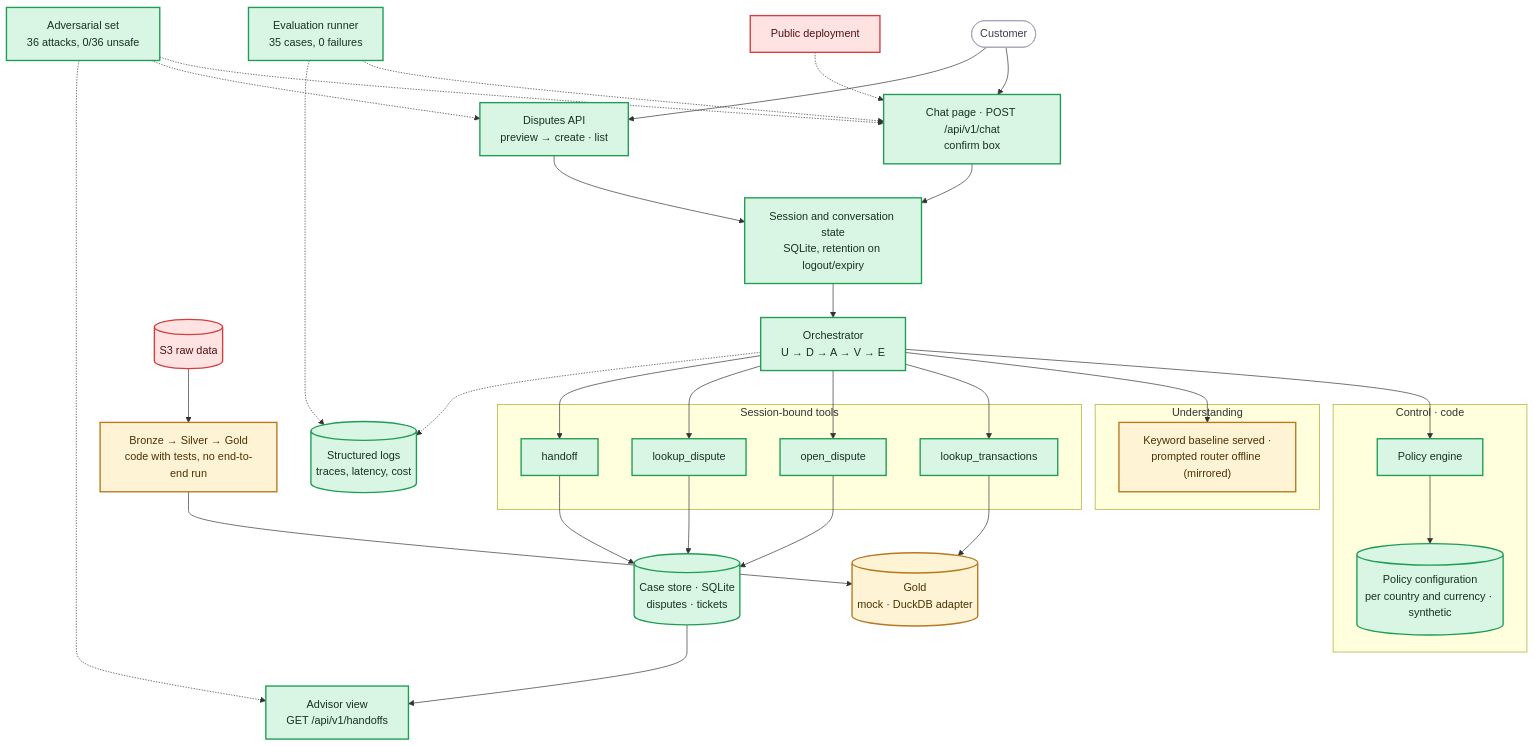
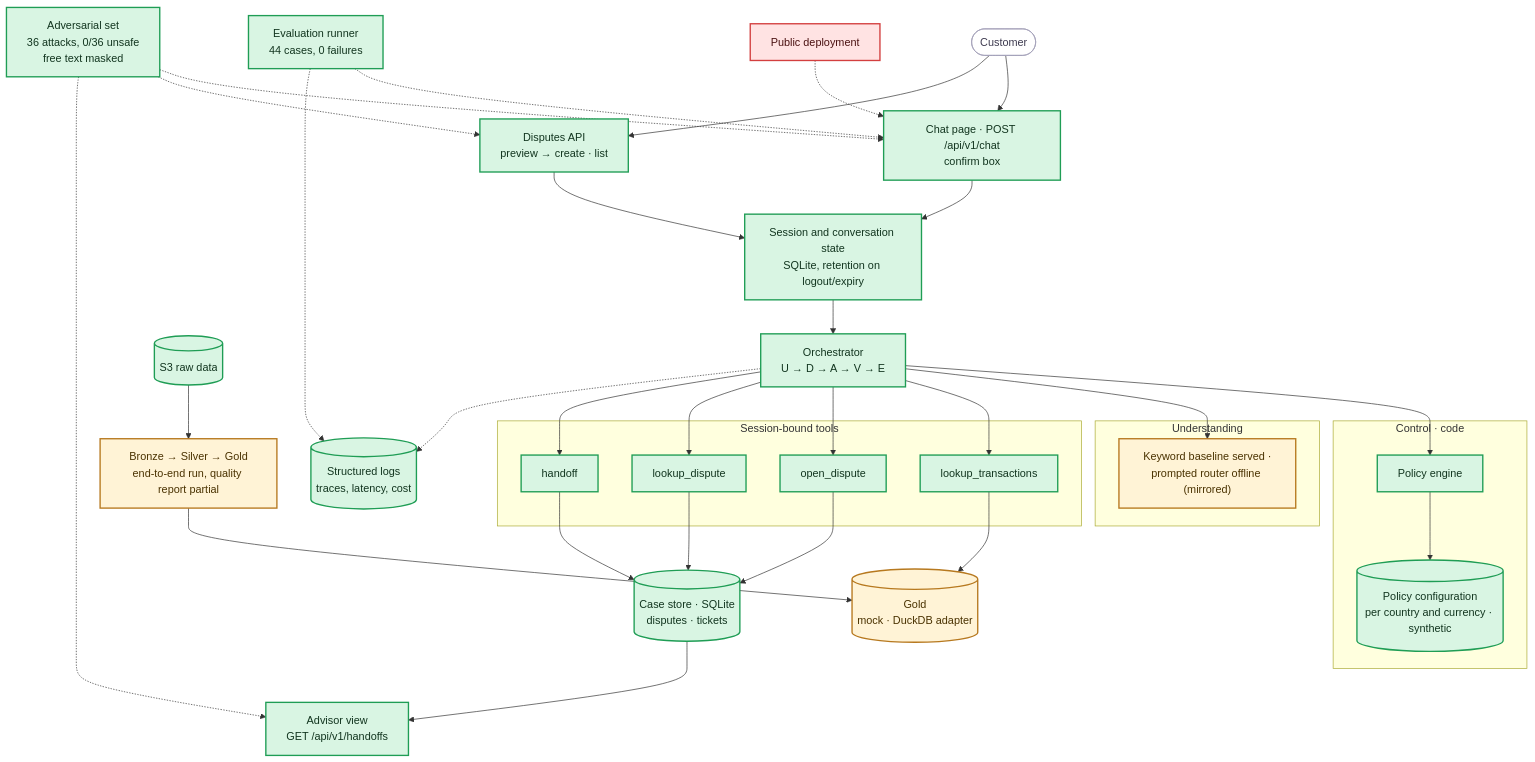
One commit to rdorta27/factored-hackathon-2026-sentinel-engine changed the diagram in team/component-status.md. Above: the diagram before and after it, drawn with Mermaid. The commit also changed other lines of this file and 2 other files, not shown here.

Commit message:
docs: update team files with the merged data, privacy and threshold work
Tasks, plan and component status still listed the source inventory, incremental fixture, sizing, data setup and free-text masking as open after they merged from main.

Changes:
- move the finished data and privacy tasks to the Thursday log under Natalia and Felix, and record the data findings
- reword the pipeline task to the missing quality metrics and the Gold task to the DuckDB file versus Delta view mismatch
- add the privacy module to the plan and update the data engine row and Friday mocks
- refresh the component status with the end-to-end pipeline, masking and the latest evaluation and adversarial runs

````diff
--- a/team/component-status.md
+++ b/team/component-status.md
@@ -7,50 +7,51 @@
 ```mermaid
 flowchart TB
     client(["Customer"]) --> chat["Chat page · POST /api/v1/chat<br/>confirm box"]
     client --> dapi["Disputes API<br/>preview → create · list"]
     chat --> session["Session and conversation state<br/>SQLite, retention on logout/expiry"]
     dapi --> session
     session --> orch["Orchestrator<br/>U → D → A → V → E"]
 
     subgraph control["Control · code"]
         policy["Policy engine"]
         config[("Policy configuration<br/>per country and currency · synthetic")]
         policy --> config
     end
     subgraph toolset["Session-bound tools"]
         lookup["lookup_transactions"]
         open["open_dispute"]
         verify["lookup_dispute"]
         handoff["handoff"]
     end
     subgraph brain["Understanding"]
         learned["Keyword baseline served ·<br/>prompted router offline (mirrored)"]
     end
 
     orch --> policy
     orch --> learned
     orch --> lookup & open & verify & handoff
     lookup --> gold[("Gold<br/>mock · DuckDB adapter")]
     open --> cases[("Case store · SQLite<br/>disputes · tickets")]
     verify --> cases
     handoff --> cases
     cases --> aview["Advisor view<br/>GET /api/v1/handoffs"]
     orch -.-> logs[("Structured logs<br/>traces, latency, cost")]
-    evalr["Evaluation runner<br/>35 cases, 0 failures"] -.-> chat
+    evalr["Evaluation runner<br/>44 cases, 0 failures"] -.-> chat
     evalr -.-> logs
-    tests["Adversarial set<br/>36 attacks, 0/36 unsafe"] -.-> chat
+    tests["Adversarial set<br/>36 attacks, 0/36 unsafe<br/>free text masked"] -.-> chat
     tests -.-> dapi
     tests -.-> aview
-    s3[("S3 raw data")] --> pipeline["Bronze → Silver → Gold<br/>code with tests, no end-to-end run"]
+    s3[("S3 raw data")] --> pipeline["Bronze → Silver → Gold<br/>end-to-end run, quality report partial"]
     pipeline --> gold
     deploy["Public deployment"] -.-> chat
 
     classDef done fill:#d9f5e3,stroke:#1f9d55,stroke-width:2px,color:#12351f
     classDef partial fill:#fff3d6,stroke:#b7791f,stroke-width:2px,color:#4a3200
     classDef missing fill:#ffe3e3,stroke:#d33f3f,stroke-width:2px,color:#4a1111
     classDef ext fill:#ffffff,stroke:#a09cb5,stroke-width:1px,color:#3d3a4f
     class chat,dapi,session,orch,policy,config,lookup,open,verify,handoff,cases,aview,logs,evalr,tests done
     class learned,gold,pipeline partial
-    class deploy,s3 missing
+    class deploy missing
+    class s3 done
     class client ext
 ```
````
